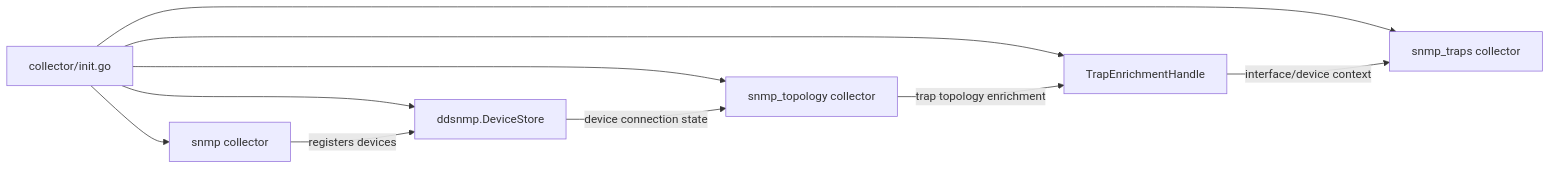
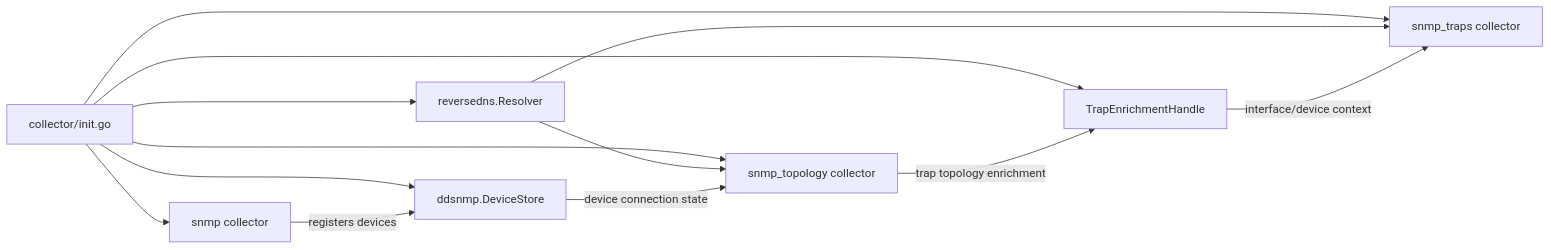
One commit to netdata/netdata changed the first of 3 diagrams in src/go/plugin/go.d/collector/snmp_topology/ARCHITECTURE.md. Above: the diagram before and after it, drawn with Mermaid. The commit also changed other lines of this file and 25 other files, not shown here.

Commit message:
refactor(go.d): share reverse DNS across SNMP collectors

````diff
--- a/src/go/plugin/go.d/collector/snmp_topology/ARCHITECTURE.md
+++ b/src/go/plugin/go.d/collector/snmp_topology/ARCHITECTURE.md
@@ -23,19 +23,23 @@
 ```mermaid
 flowchart LR
     Init["collector/init.go"]
     Store["ddsnmp.DeviceStore"]
     TrapHandle["TrapEnrichmentHandle"]
+    ReverseDNS["reversedns.Resolver"]
     SNMP["snmp collector"]
     Topology["snmp_topology collector"]
     Traps["snmp_traps collector"]
 
     Init --> Store
     Init --> TrapHandle
+    Init --> ReverseDNS
     Init --> SNMP
     Init --> Topology
     Init --> Traps
+    ReverseDNS --> Topology
+    ReverseDNS --> Traps
     SNMP -->|"registers devices"| Store
     Store -->|"device connection state"| Topology
     Topology -->|"trap topology enrichment"| TrapHandle
     TrapHandle -->|"interface/device context"| Traps
 ```
````
